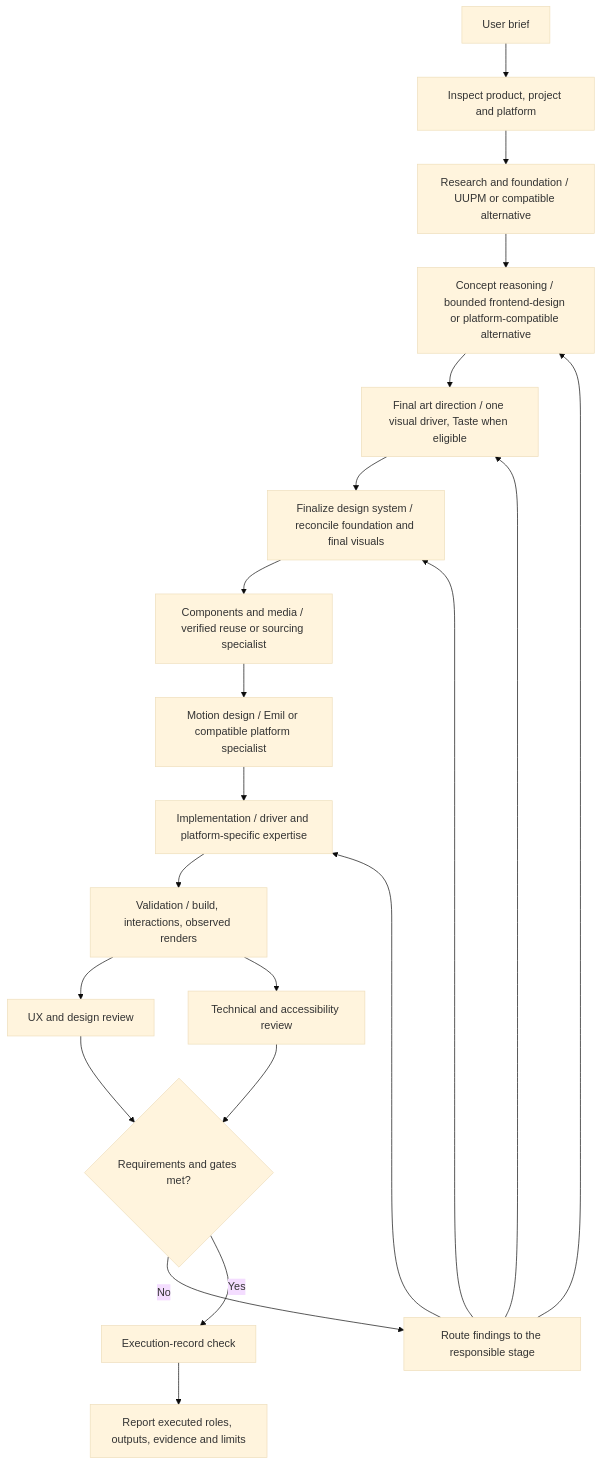
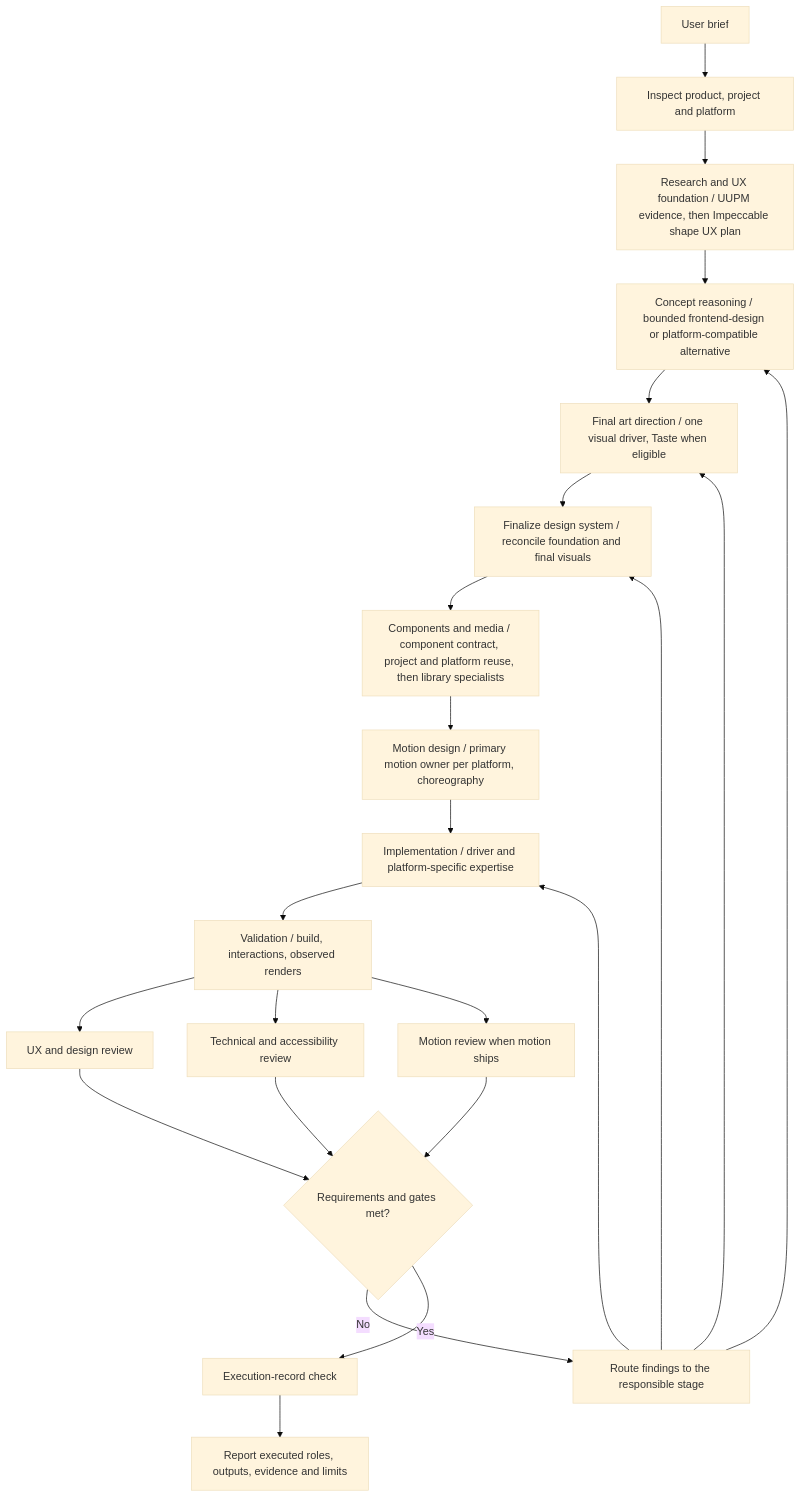
Before and after one commit to grayxcviii/uiux-orchestrator: the diagram in docs/architecture.md, drawn with Mermaid (base theme). The commit also changed other lines of this file and 36 other files, not shown here.

Commit message:
fix: release 1.4.4 with platform-agnostic component intelligence and clear stage ownership

````diff
--- a/docs/architecture.md
+++ b/docs/architecture.md
@@ -10,23 +10,25 @@
 ```mermaid
 flowchart TD
     U[User brief] --> I[Inspect product, project and platform]
-    I --> F[Research and foundation / UUPM or compatible alternative]
+    I --> F[Research and UX foundation / UUPM evidence, then Impeccable shape UX plan]
     F --> C[Concept reasoning / bounded frontend-design or platform-compatible alternative]
     C --> A[Final art direction / one visual driver, Taste when eligible]
     A --> S[Finalize design system / reconcile foundation and final visuals]
-    S --> P[Components and media / verified reuse or sourcing specialist]
-    P --> M[Motion design / Emil or compatible platform specialist]
+    S --> P[Components and media / component contract, project and platform reuse, then library specialists]
+    P --> M[Motion design / primary motion owner per platform, choreography]
     M --> B[Implementation / driver and platform-specific expertise]
     B --> V[Validation / build, interactions, observed renders]
     V --> R1[UX and design review]
     V --> R2[Technical and accessibility review]
+    V --> R3[Motion review when motion ships]
     R1 --> G{Requirements and gates met?}
     R2 --> G
+    R3 --> G
     G -- No --> FIX[Route findings to the responsible stage]
     FIX --> C
     FIX --> A
     FIX --> S
     FIX --> B
     G -- Yes --> CHECK[Execution-record check]
     CHECK --> REPORT[Report executed roles, outputs, evidence and limits]
 ```
````
